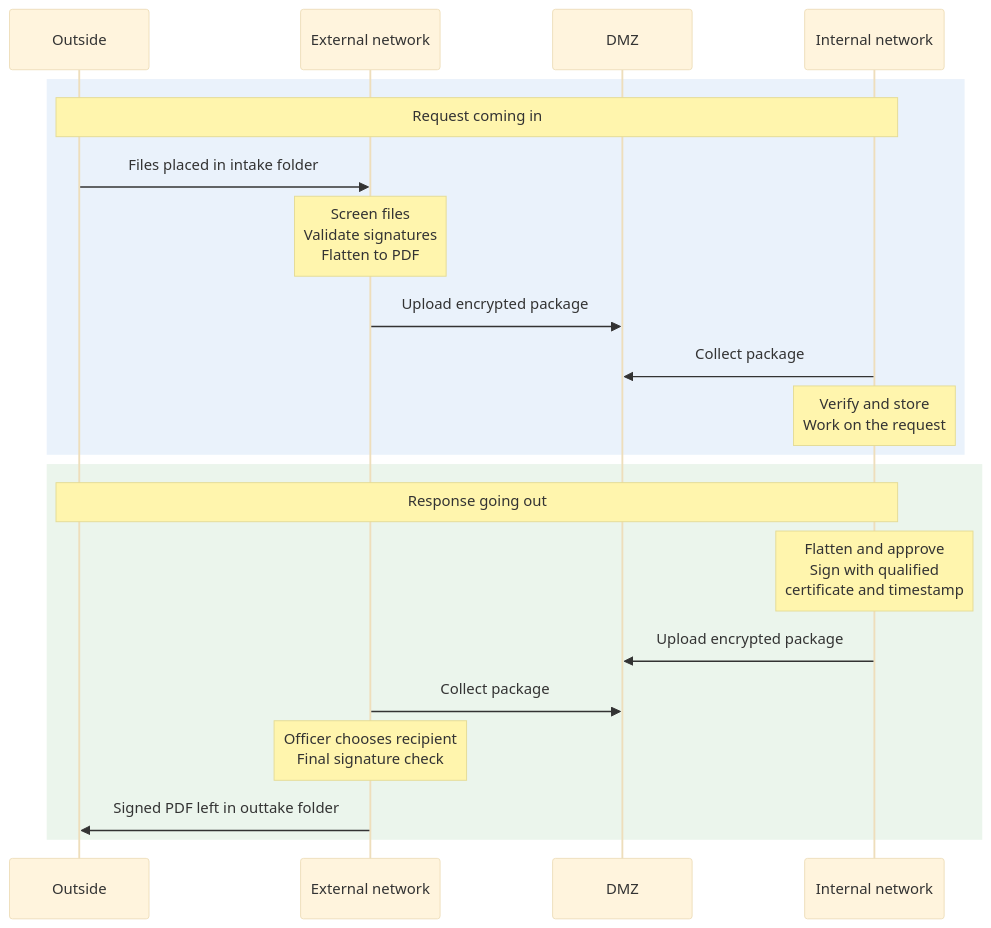
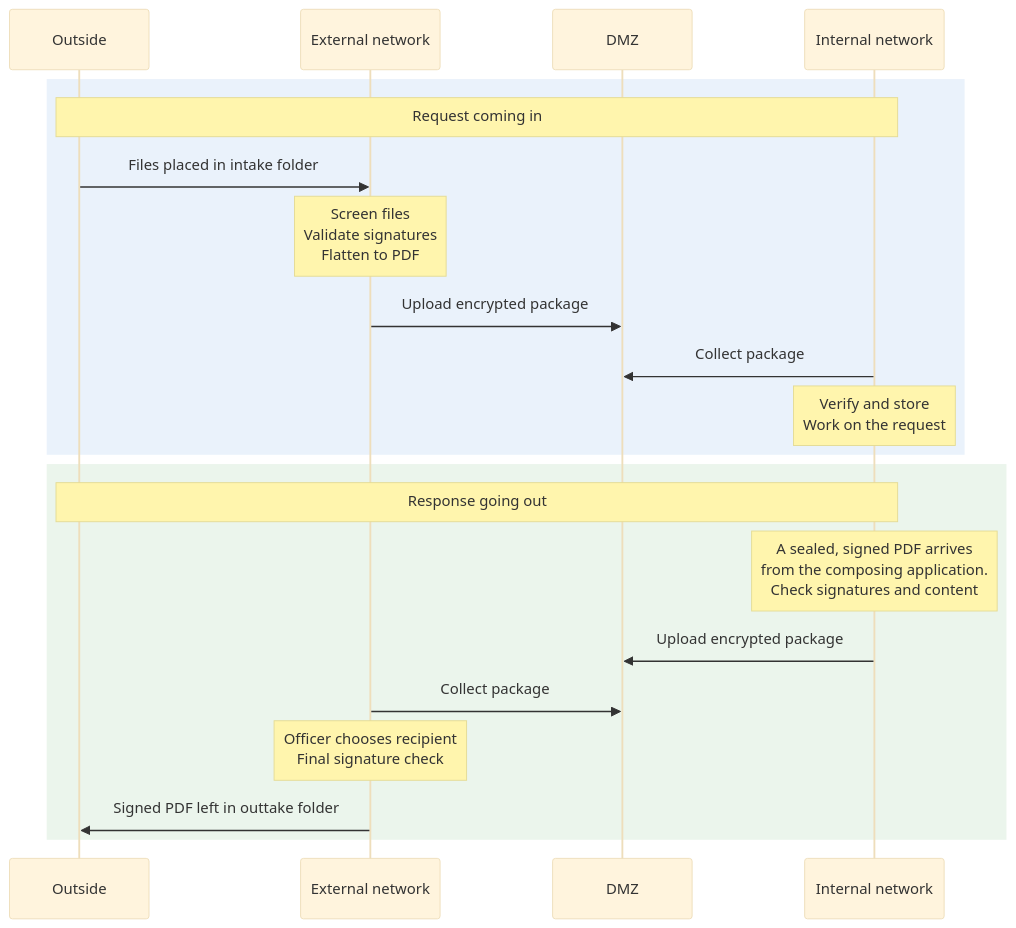
The first of 8 diagrams in document-exchange-mvp-technical-documentation.md (tgivslife/dxg-document-gateway), drawn with Mermaid (base theme) before and after one commit. The commit also changed other lines of this file and 5 other files, not shown here.

````diff
--- a/document-exchange-mvp-technical-documentation.md
+++ b/document-exchange-mvp-technical-documentation.md
@@ -175,27 +178,27 @@
 ```mermaid
 sequenceDiagram
     accDescr: Overview of a request coming in and a response going out across the outside, external network, DMZ and internal network
     %% Each arrow points from the side that opens the connection.
     participant O as Outside
     participant E as External network
     participant D as DMZ
     participant I as Internal network
 
     rect rgb(234, 242, 251)
         Note over O,I: Request coming in
         O->>E: Files placed in intake folder
         Note over E: Screen files<br/>Validate signatures<br/>Flatten to PDF
         E->>D: Upload encrypted package
         I->>D: Collect package
         Note over I: Verify and store<br/>Work on the request
     end
 
     rect rgb(235, 245, 236)
         Note over O,I: Response going out
-        Note over I: Flatten and approve<br/>Sign with qualified<br/>certificate and timestamp
+        Note over I: A sealed, signed PDF arrives<br/>from the composing application.<br/>Check signatures and content
         I->>D: Upload encrypted package
         E->>D: Collect package
         Note over E: Officer chooses recipient<br/>Final signature check
         E->>O: Signed PDF left in outtake folder
     end
 ```
````
